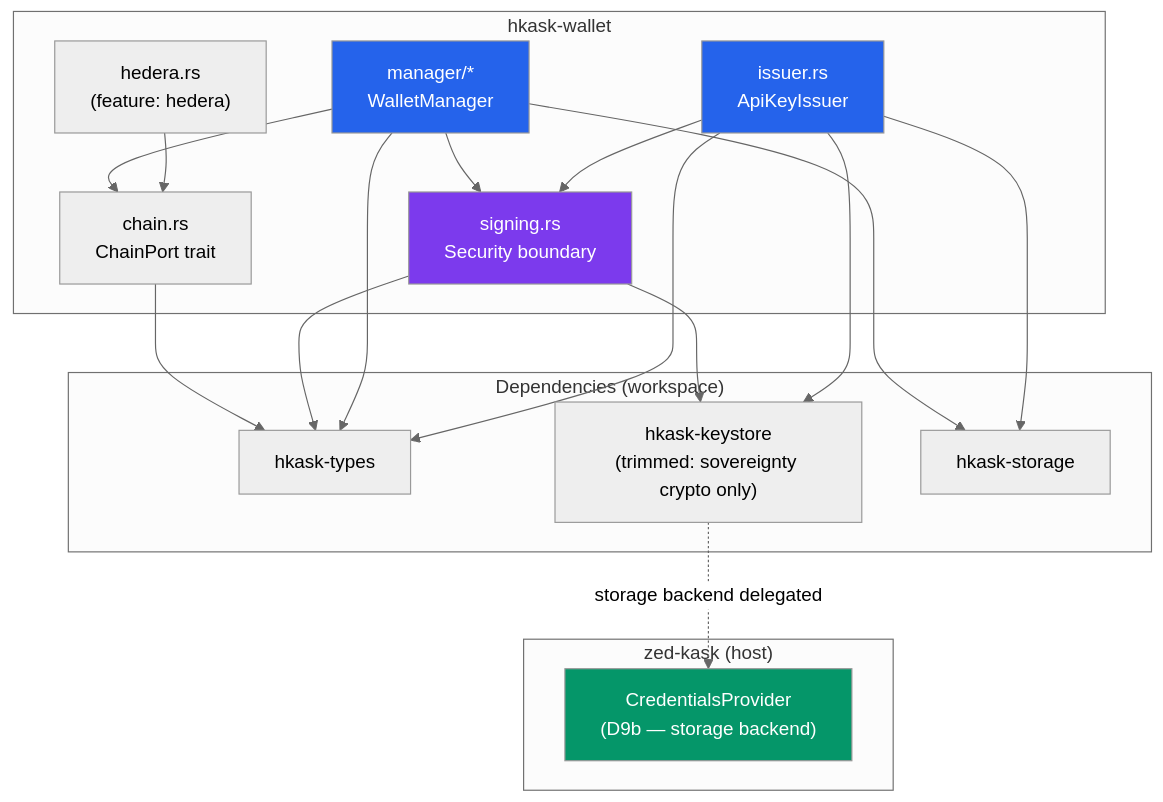
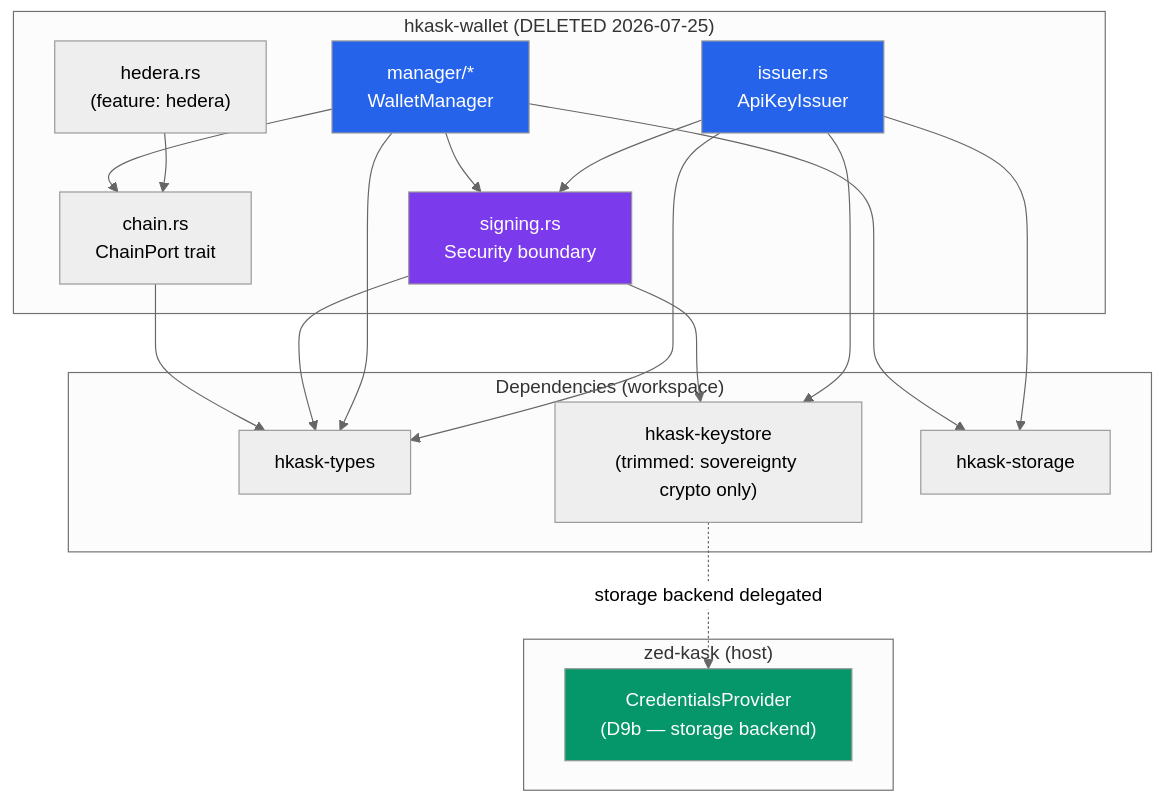
Before and after one commit to mdz-axo/zed-kask: the first of 4 diagrams in kask/docs/architecture/wallet-specification.md, drawn with Mermaid (neutral theme). The commit also changed other lines of this file and 15 other files, not shown here.

First line of the commit message:
Deep clean: fix stale references, rewrite architecture docs

````diff
--- a/kask/docs/architecture/wallet-specification.md
+++ b/kask/docs/architecture/wallet-specification.md
@@ -86,39 +90,39 @@
 ```mermaid
 graph TD
-    subgraph "hkask-wallet"
+    subgraph "hkask-wallet (DELETED 2026-07-25)"
         CHAIN["chain.rs<br/>ChainPort trait"]
         SIGN["signing.rs<br/>Security boundary"]
         MGR["manager/*<br/>WalletManager"]
         ISS["issuer.rs<br/>ApiKeyIssuer"]
         HED["hedera.rs<br/>(feature: hedera)"]
     end
 
     subgraph "Dependencies (workspace)"
         TYPES["hkask-types"]
         KS["hkask-keystore<br/>(trimmed: sovereignty crypto only)"]
         STORE["hkask-storage"]
     end
 
     subgraph "zed-kask (host)"
         CRED["CredentialsProvider<br/>(D9b — storage backend)"]
     end
 
     CHAIN --> TYPES
     SIGN --> KS
     SIGN --> TYPES
     MGR --> CHAIN
     MGR --> SIGN
     MGR --> STORE
     MGR --> TYPES
     ISS --> SIGN
     ISS --> STORE
     ISS --> KS
     ISS --> TYPES
     HED --> CHAIN
     KS -.->|"storage backend delegated"| CRED
 
     style SIGN fill:#7c3aed,color:#fff
     style MGR fill:#2563eb,color:#fff
     style ISS fill:#2563eb,color:#fff
     style CRED fill:#059669,color:#fff
 ```
````
